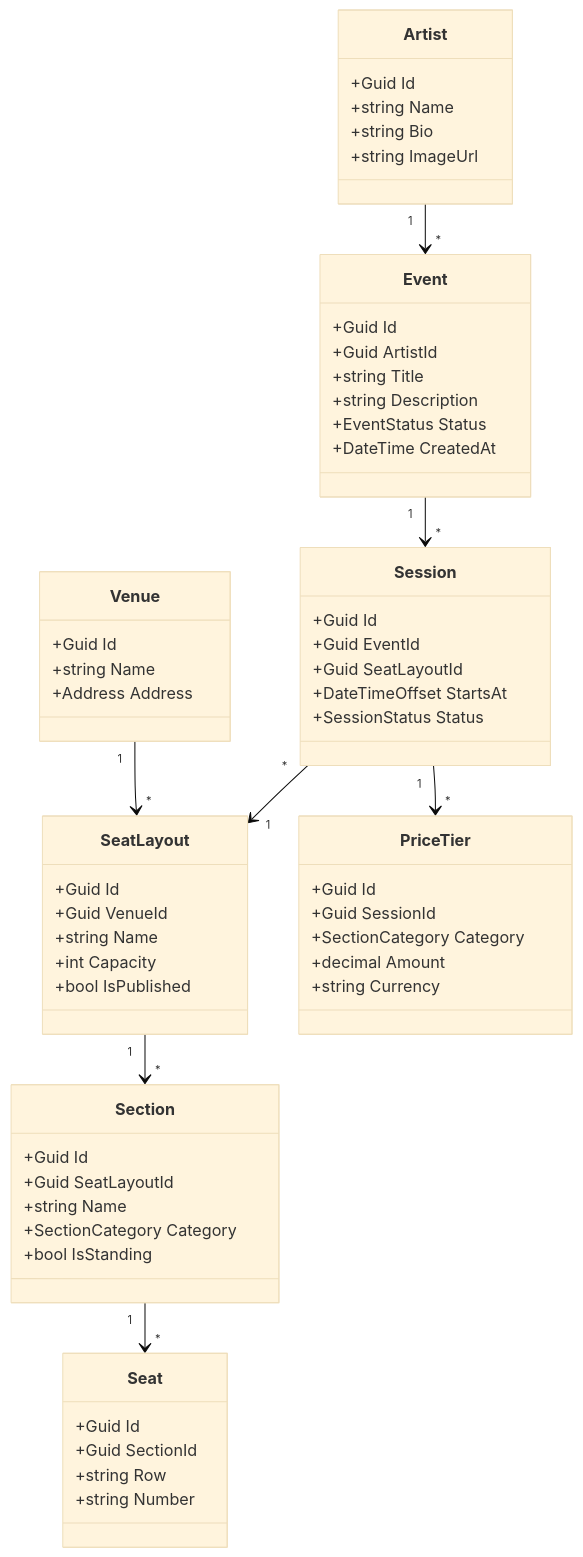
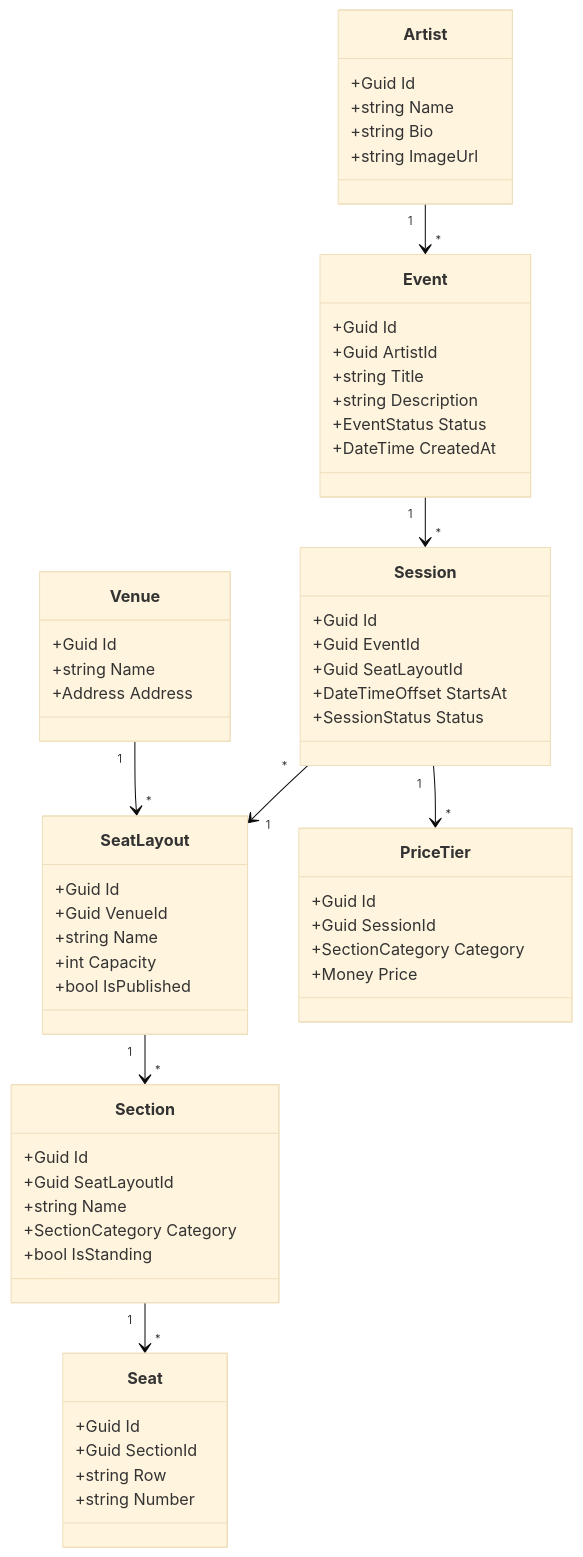
One commit to benotar/Eventify changed the second of 7 diagrams in docs/ARCHITECTURE.md. Above: the diagram before and after it, drawn with Mermaid (base theme). The commit also changed other lines of this file and 2 other files, not shown here.

````diff
--- a/docs/ARCHITECTURE.md
+++ b/docs/ARCHITECTURE.md
@@ -285,64 +285,63 @@
 ```mermaid
 classDiagram
     class Artist {
       +Guid Id
       +string Name
       +string Bio
       +string ImageUrl
     }
     class Event {
       +Guid Id
       +Guid ArtistId
       +string Title
       +string Description
       +EventStatus Status
       +DateTime CreatedAt
     }
     class Venue {
       +Guid Id
       +string Name
       +Address Address
     }
     class SeatLayout {
       +Guid Id
       +Guid VenueId
       +string Name
       +int Capacity
       +bool IsPublished
     }
     class Section {
       +Guid Id
       +Guid SeatLayoutId
       +string Name
       +SectionCategory Category
       +bool IsStanding
     }
     class Seat {
       +Guid Id
       +Guid SectionId
       +string Row
       +string Number
     }
     class Session {
       +Guid Id
       +Guid EventId
       +Guid SeatLayoutId
       +DateTimeOffset StartsAt
       +SessionStatus Status
     }
     class PriceTier {
       +Guid Id
       +Guid SessionId
       +SectionCategory Category
-      +decimal Amount
-      +string Currency
+      +Money Price
     }
 
     Artist "1" --> "*" Event
     Event "1" --> "*" Session
     Venue "1" --> "*" SeatLayout
     SeatLayout "1" --> "*" Section
     Section "1" --> "*" Seat
     Session "1" --> "*" PriceTier
     Session "*" --> "1" SeatLayout
 ```
````
